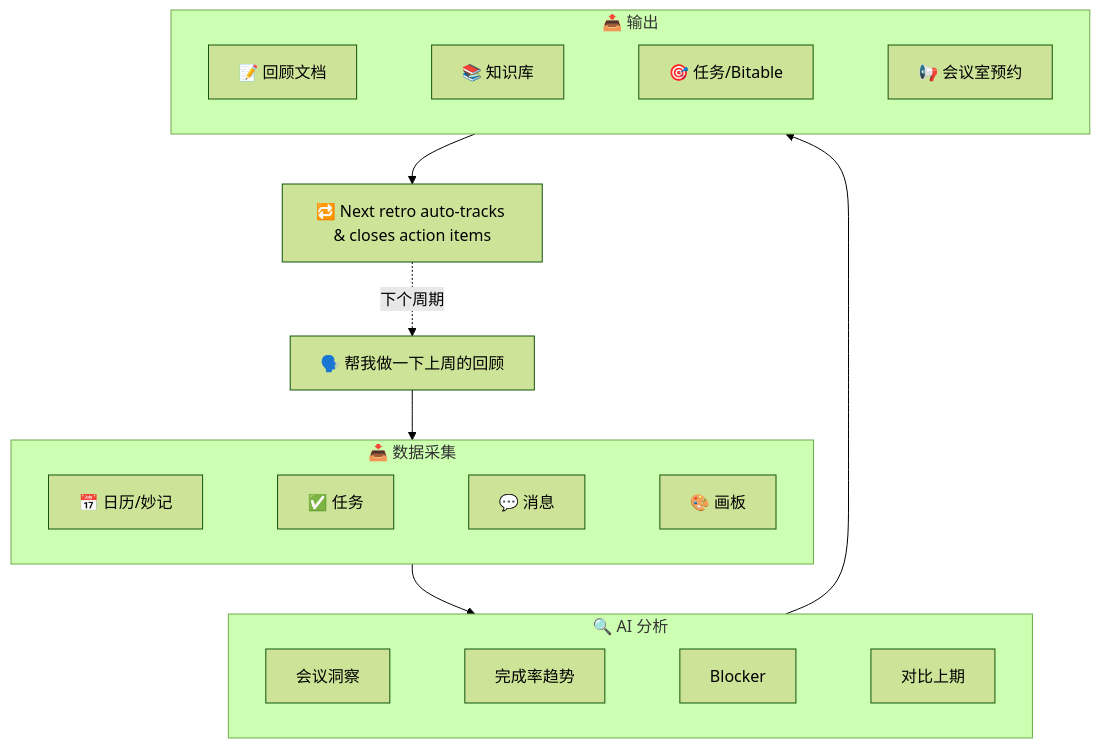
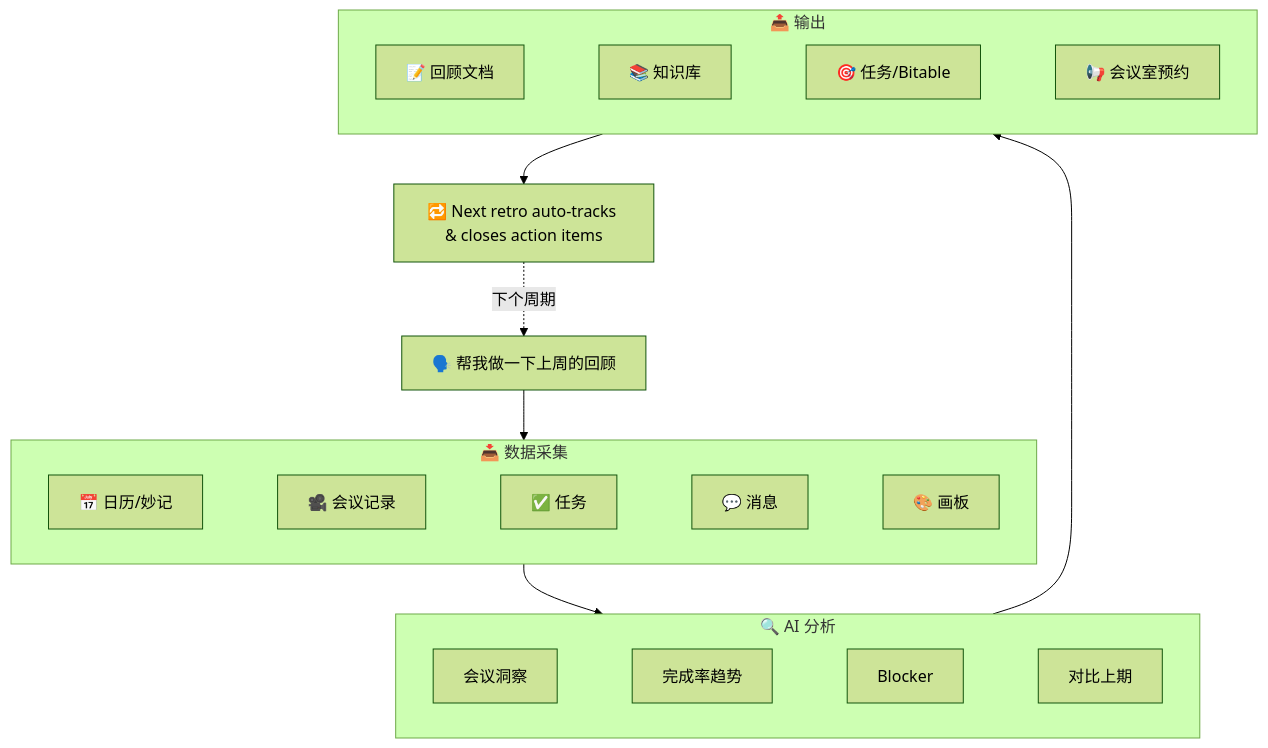
One commit to gkzzhs/lark-retro changed the diagram in README.md. Above: the diagram before and after it, drawn with Mermaid (forest theme). The commit also changed other lines of this file and 4 other files, not shown here.

````diff
--- a/README.md
+++ b/README.md
@@ -82,26 +84,26 @@
 ```mermaid
 flowchart TB
     User["🗣️ 帮我做一下上周的回顾"] --> Collect
 
     subgraph Collect["📥 数据采集"]
         direction LR
-        C1["📅 日历/妙记"] ~~~ C2["✅ 任务"] ~~~ C3["💬 消息"] ~~~ C4["🎨 画板"]
+        C1["📅 日历/妙记"] ~~~ C2["🎥 会议记录"] ~~~ C3["✅ 任务"] ~~~ C4["💬 消息"] ~~~ C5["🎨 画板"]
     end
 
     Collect --> Analyze
 
     subgraph Analyze["🔍 AI 分析"]
         direction LR
         A1["会议洞察"] ~~~ A2["完成率趋势"] ~~~ A3["Blocker"] ~~~ A4["对比上期"]
     end
 
     Analyze --> Output
 
     subgraph Output["📤 输出"]
         direction LR
         O1["📝 回顾文档"] ~~~ O2["📚 知识库"] ~~~ O3["🎯 任务/Bitable"] ~~~ O4["📢 会议室预约"]
     end
 
     Output --> Loop["🔁 Next retro auto-tracks & closes action items"]
     Loop -.->|"下个周期"| User
 ```
````
